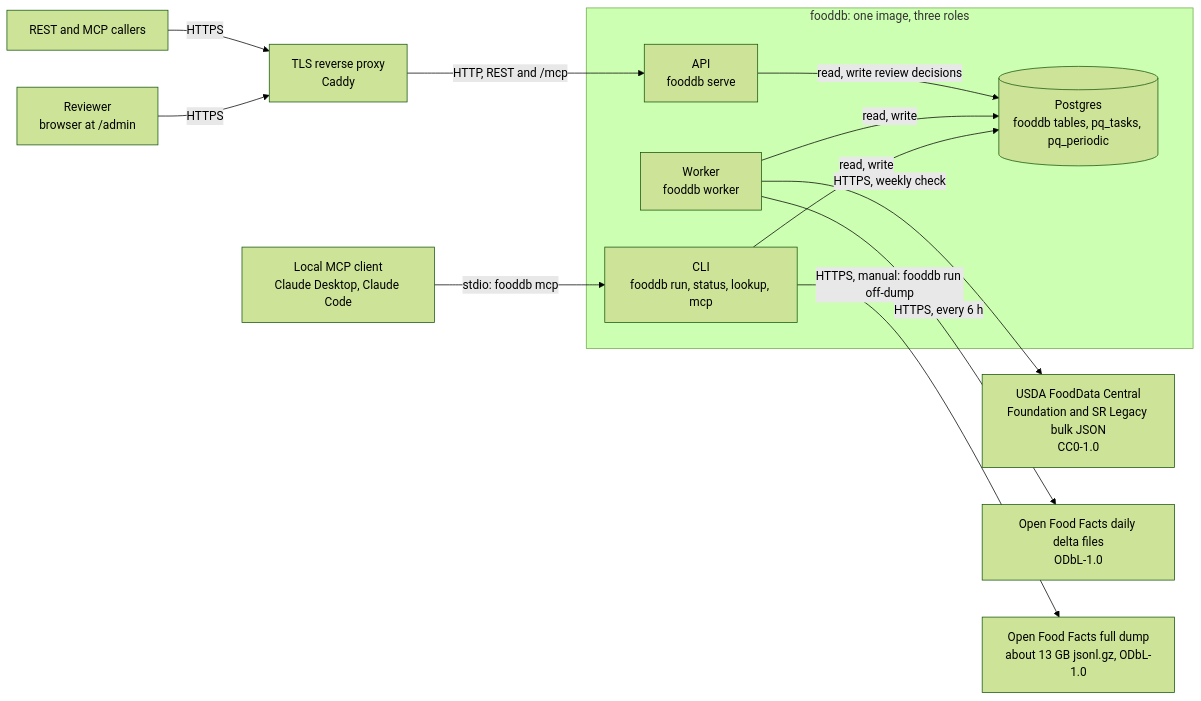
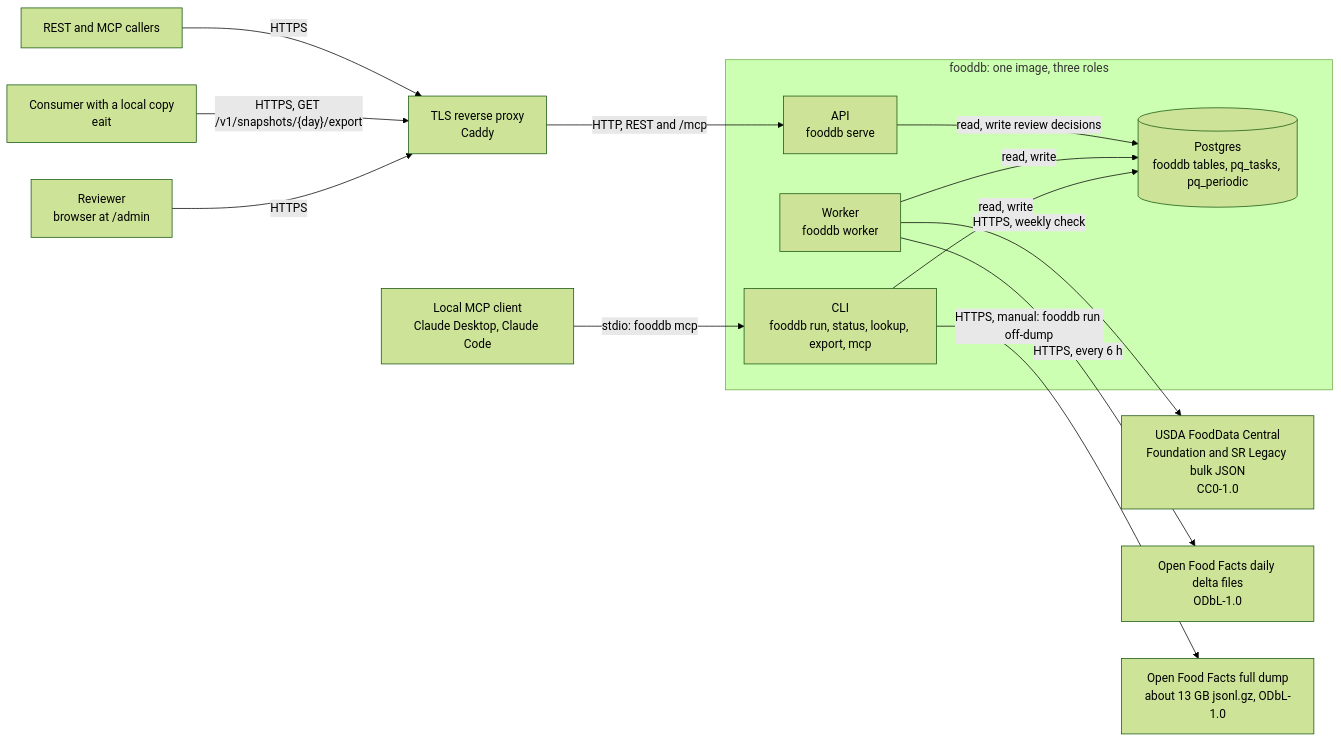
Before and after one commit to eait-fit/fooddb: the first of 11 diagrams in docs/architecture.md, drawn with Mermaid (forest theme). The commit also changed other lines of this file and 8 other files, not shown here.

First line of the commit message:
feat: snapshot export as NDJSON for consumers with a local copy (#23)

````diff
--- a/docs/architecture.md
+++ b/docs/architecture.md
@@ -12,25 +12,27 @@
 ```mermaid
 flowchart LR
     callers["REST and MCP callers"]
+    consumer["Consumer with a local copy<br/>eait"]
     reviewer["Reviewer<br/>browser at /admin"]
     local["Local MCP client<br/>Claude Desktop, Claude Code"]
     proxy["TLS reverse proxy<br/>Caddy"]
     subgraph fooddb["fooddb: one image, three roles"]
         api["API<br/>fooddb serve"]
         worker["Worker<br/>fooddb worker"]
-        cli["CLI<br/>fooddb run, status, lookup, mcp"]
+        cli["CLI<br/>fooddb run, status, lookup, export, mcp"]
         db[("Postgres<br/>fooddb tables, pq_tasks, pq_periodic")]
     end
     fdc["USDA FoodData Central<br/>Foundation and SR Legacy bulk JSON<br/>CC0-1.0"]
     offd["Open Food Facts daily delta files<br/>ODbL-1.0"]
     offdump["Open Food Facts full dump<br/>about 13 GB jsonl.gz, ODbL-1.0"]
     callers -->|HTTPS| proxy -->|"HTTP, REST and /mcp"| api
+    consumer -->|"HTTPS, GET /v1/snapshots/{day}/export"| proxy
     reviewer -->|HTTPS| proxy
     local -->|"stdio: fooddb mcp"| cli
     api -->|"read, write review decisions"| db
     worker -->|read, write| db
     cli -->|read, write| db
     worker -->|"HTTPS, weekly check"| fdc
     worker -->|"HTTPS, every 6 h"| offd
     cli -->|"HTTPS, manual: fooddb run off-dump"| offdump
 ```
````
